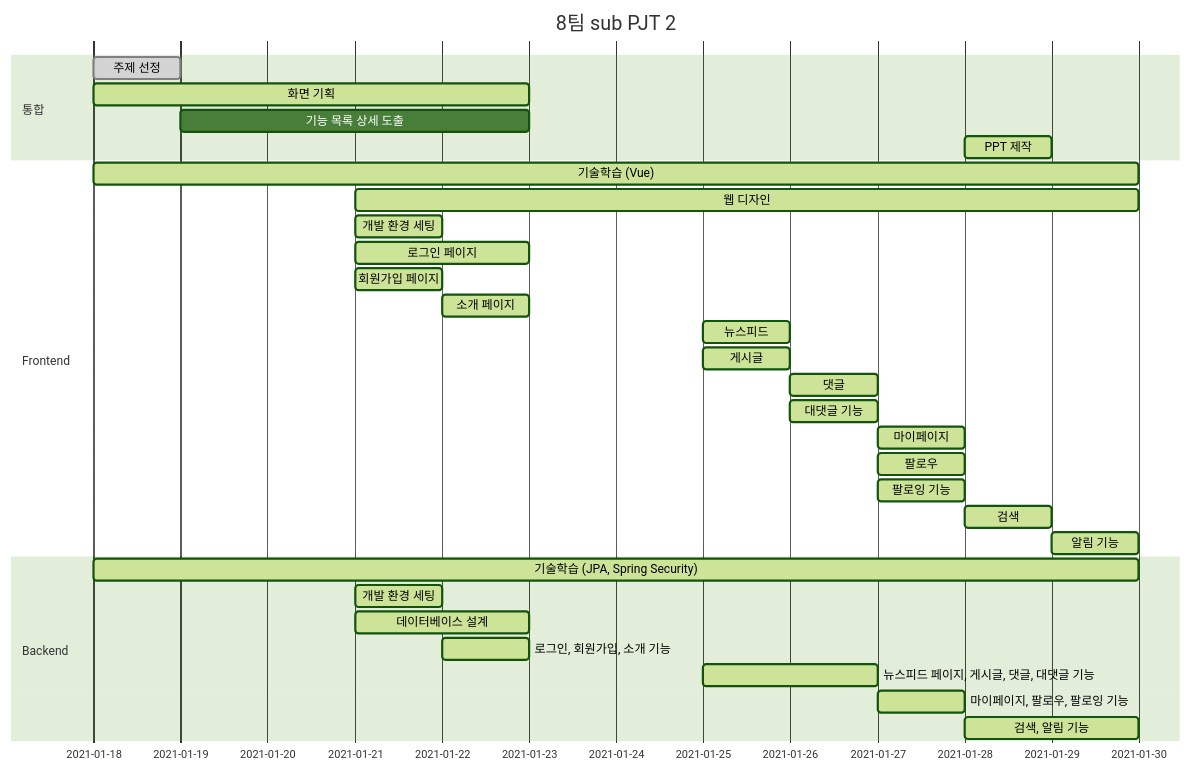
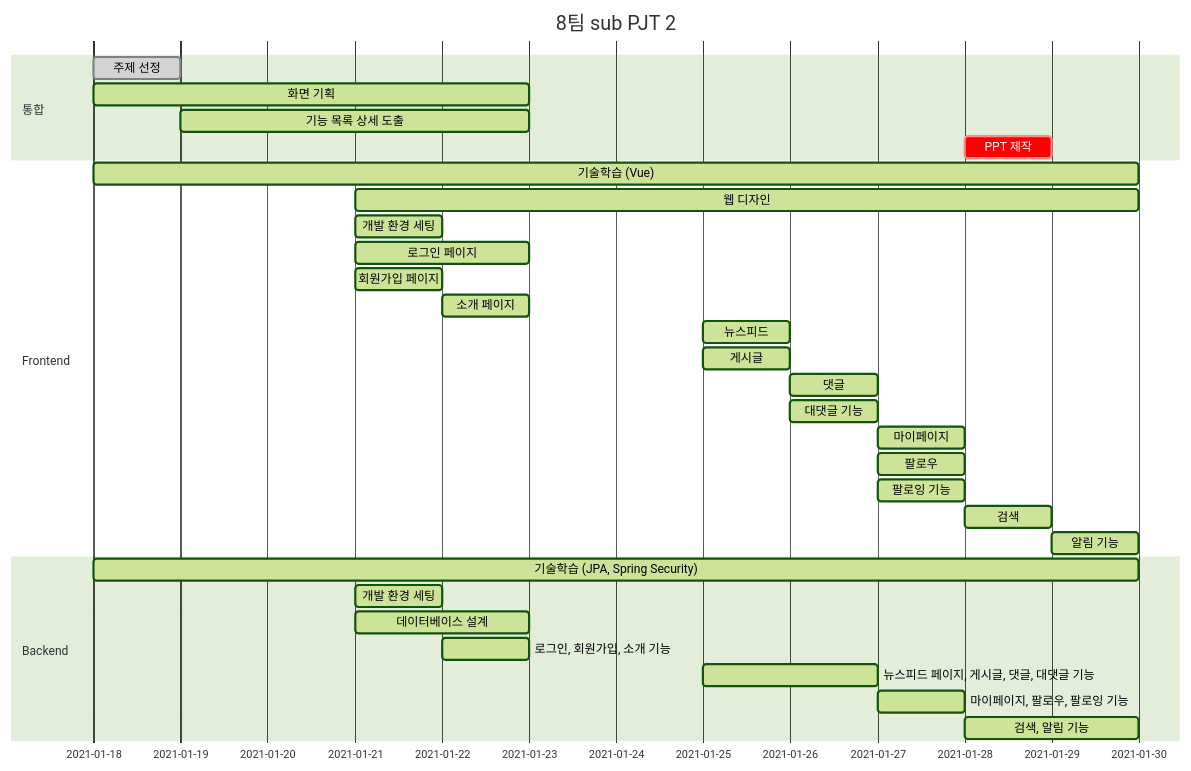
One commit to mingddo/3PM changed the diagram in README.md. Above: the diagram before and after it, drawn with Mermaid (forest theme).

````diff
--- a/README.md
+++ b/README.md
@@ -16,37 +16,37 @@
 ```mermaid
 gantt
     dateFormat  YYYY-MM-DD
     title       8팀 sub PJT 2
 
     section 통합
     주제 선정 :done,    2021-01-18, 1d
     화면 기획 :active,    2021-01-18, 5d
-    기능 목록 상세 도출 :after,  2021-01-19, 4d
-    PPT 제작 :active, 2021-01-28, 1d
+    기능 목록 상세 도출 :active,  2021-01-19, 4d
+    PPT 제작 :crit, after, 2021-01-28, 1d
     
     section Frontend
     기술학습 (Vue)      :active, 2021-01-18, 12d
     웹 디자인           :active, 2021-01-21, 9d
     개발 환경 세팅      :active, 2021-01-21, 1d
     로그인 페이지       :active, 2021-01-21, 2d
     회원가입 페이지     :active, 2021-01-21, 1d
     소개 페이지         :active, 2021-01-22, 1d
     뉴스피드:active, 2021-01-25, 1d
     게시글  :active, 2021-01-25, 1d
     댓글 :active, 2021-01-26, 1d
     대댓글 기능    :active, 2021-01-26, 1d
     마이페이지  :active, 2021-01-27, 1d
     팔로우  :active, 2021-01-27, 1d
     팔로잉 기능 :active, 2021-01-27, 1d
     검색    :active, 2021-01-28, 1d
     알림 기능 :active, 2021-01-29, 1d
 
     section Backend
     기술학습 (JPA, Spring Security)  :active, 2021-01-18, 12d
     개발 환경 세팅 : active, 2021-01-21, 1d
     데이터베이스 설계   : active, 2021-01-21, 2d
     로그인, 회원가입, 소개 기능   :active, 2021-01-22, 1d
     뉴스피드 페이지, 게시글, 댓글, 대댓글 기능    :active, 2021-01-25, 2d
     마이페이지, 팔로우, 팔로잉 기능 :active, 2021-01-27, 1d
     검색, 알림 기능 :active, 2021-01-28, 2d
 ```
````
